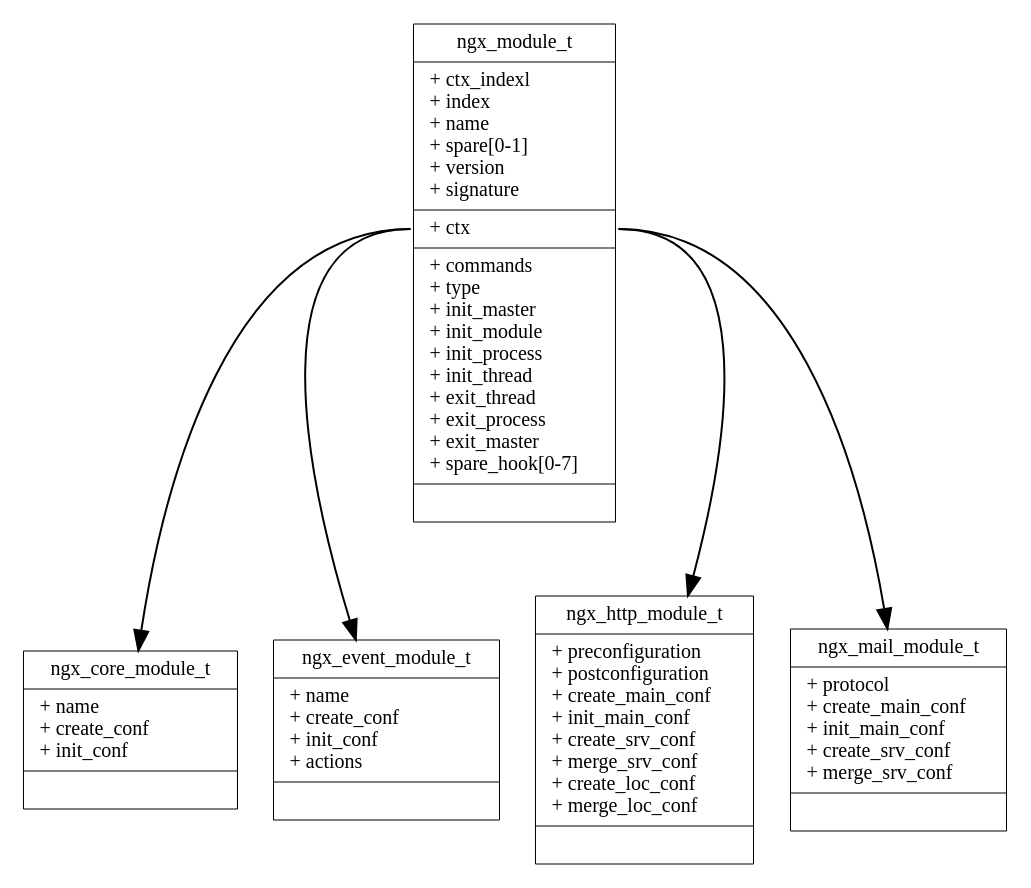
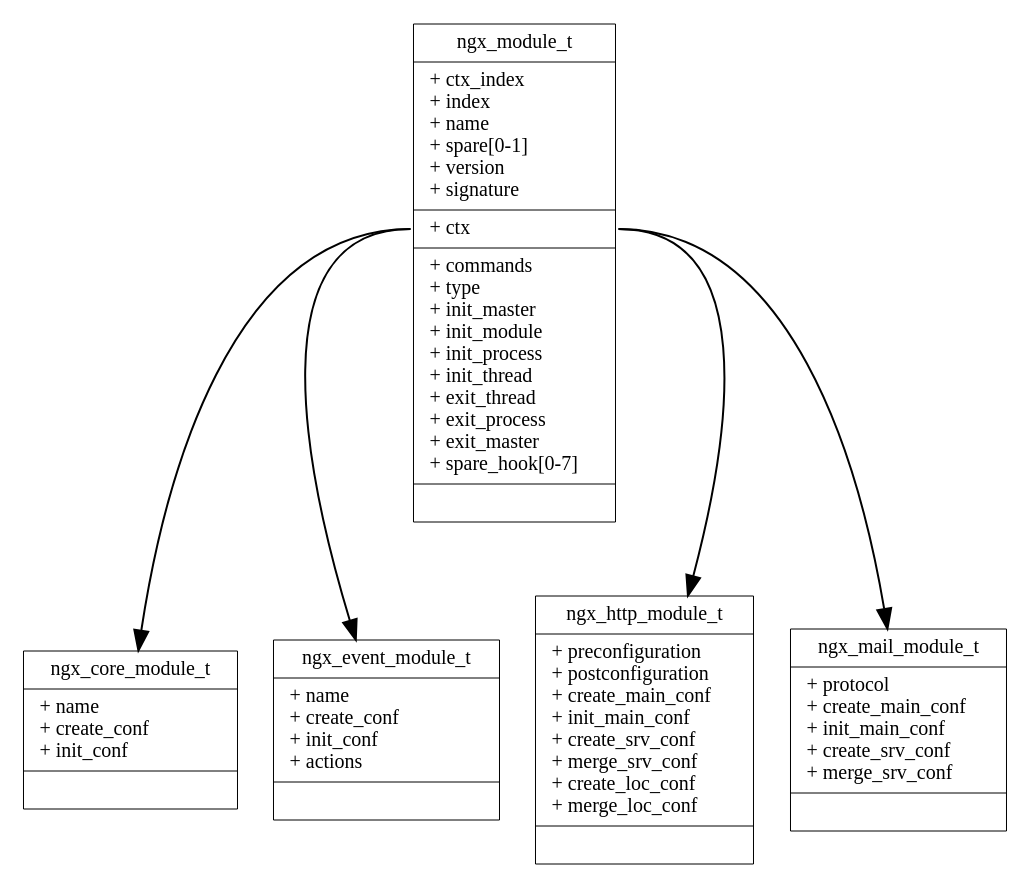
The diagram in UML/nginx-modules.dot (BalusChen/DotDemo), drawn with Graphviz before and after one commit.

```diff
--- a/UML/nginx-modules.dot
+++ b/UML/nginx-modules.dot
@@ -1,81 +1,81 @@
 digraph {
     node [shape=record, fontname="Monaco", fontsize=10, penwidth=0.5]
 
     ngx_module_t, ngx_core_module_t, ngx_event_module_t, ngx_http_module_t, ngx_mail_module_t
 
     {
         ngx_module_t:ctx -> ngx_core_module_t
         ngx_module_t:ctx -> ngx_event_module_t
         ngx_module_t:ctx -> ngx_http_module_t
         ngx_module_t:ctx -> ngx_mail_module_t
     }
 
     ngx_module_t[label="{
         ngx_module_t
         |
-        + ctx_indexl\l
+        + ctx_index\l
         + index\l
         + name\l
         + spare[0-1]\l
         + version\l
         + signature\l
         |
         <ctx>+ ctx\l
         |
         + commands\l
         + type\l
         + init_master\l
         + init_module\l
         + init_process\l
         + init_thread\l
         + exit_thread\l
         + exit_process\l
         + exit_master\l
         + spare_hook[0-7]\l
         |
     }"]
 
     ngx_core_module_t[label="{
         ngx_core_module_t
         |
         + name\l
         + create_conf\l
         + init_conf\l
         |
     }"]
 
     ngx_http_module_t[label="{
         ngx_http_module_t
         |
         + preconfiguration\l
         + postconfiguration\l
         + create_main_conf\l
         + init_main_conf\l
         + create_srv_conf\l
         + merge_srv_conf\l
         + create_loc_conf\l
         + merge_loc_conf\l
         |
     }"]
 
     ngx_event_module_t[label="{
         ngx_event_module_t
         |
         + name\l
         + create_conf\l
         + init_conf\l
         + actions\l
         |
     }"]
 
     ngx_mail_module_t[label="{
         ngx_mail_module_t
         |
         + protocol\l
         + create_main_conf\l
         + init_main_conf\l
         + create_srv_conf\l
         + merge_srv_conf\l
         |
     }"]
 }
```
